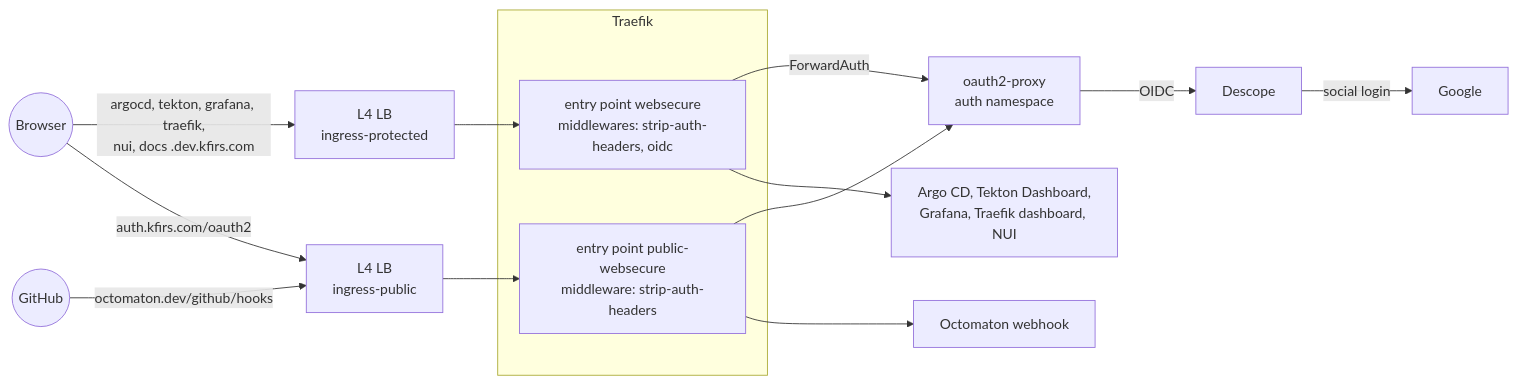
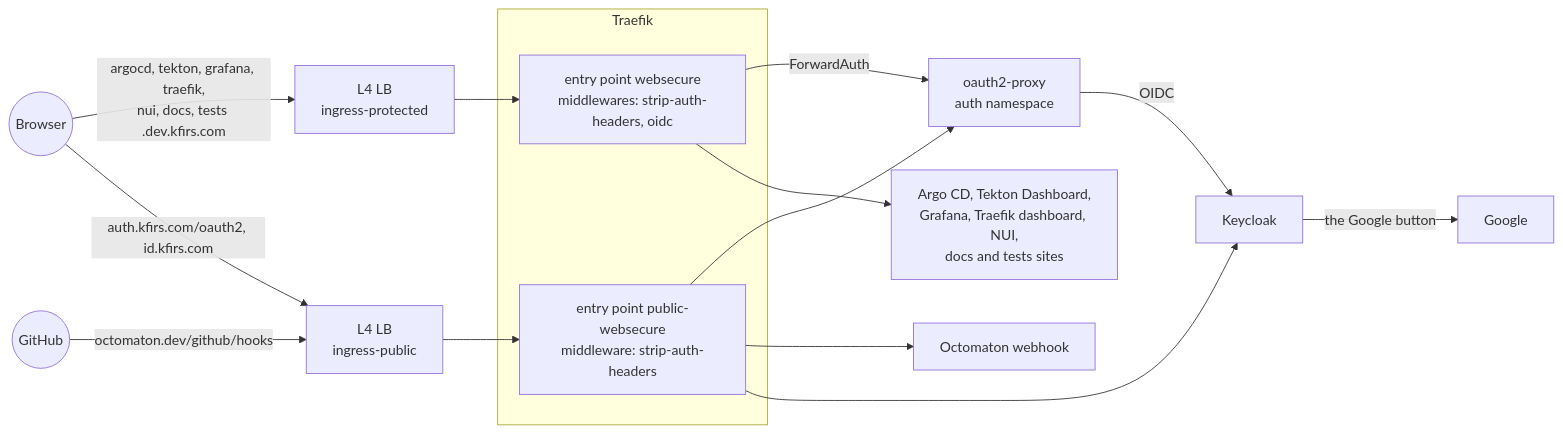
One commit to arikkfir-org/delivery changed the first of 2 diagrams in docs/delivery/designs/phase-3-ingress-and-auth.md. Above: the diagram before and after it, drawn with Mermaid. The commit also changed other lines of this file and 14 other files, not shown here.

````diff
--- a/docs/delivery/designs/phase-3-ingress-and-auth.md
+++ b/docs/delivery/designs/phase-3-ingress-and-auth.md
@@ -12,18 +11,19 @@
 ```mermaid
 flowchart LR
-  U((Browser)) -- "argocd, tekton, grafana, traefik,<br/>nui, docs .dev.kfirs.com" --> P[L4 LB<br/>ingress-protected]
+  U((Browser)) -- "argocd, tekton, grafana, traefik,<br/>nui, docs, tests .dev.kfirs.com" --> P[L4 LB<br/>ingress-protected]
   G((GitHub)) -- octomaton.dev/github/hooks --> Q[L4 LB<br/>ingress-public]
-  U -- auth.kfirs.com/oauth2 --> Q
+  U -- "auth.kfirs.com/oauth2, id.kfirs.com" --> Q
   subgraph traefik[Traefik]
     WS[entry point websecure<br/>middlewares: strip-auth-headers, oidc]
     PW[entry point public-websecure<br/>middleware: strip-auth-headers]
   end
   P --> WS
   Q --> PW
   WS -- ForwardAuth --> O[oauth2-proxy<br/>auth namespace]
-  WS --> APPS[Argo CD, Tekton Dashboard,<br/>Grafana, Traefik dashboard, NUI]
+  WS --> APPS[Argo CD, Tekton Dashboard,<br/>Grafana, Traefik dashboard, NUI,<br/>docs and tests sites]
   PW --> O
   PW --> SB[Octomaton webhook]
-  O -- OIDC --> D[Descope]
-  D -- social login --> GO[Google]
+  PW --> K
+  O -- OIDC --> K[Keycloak]
+  K -- the Google button --> GO[Google]
 ```
````
